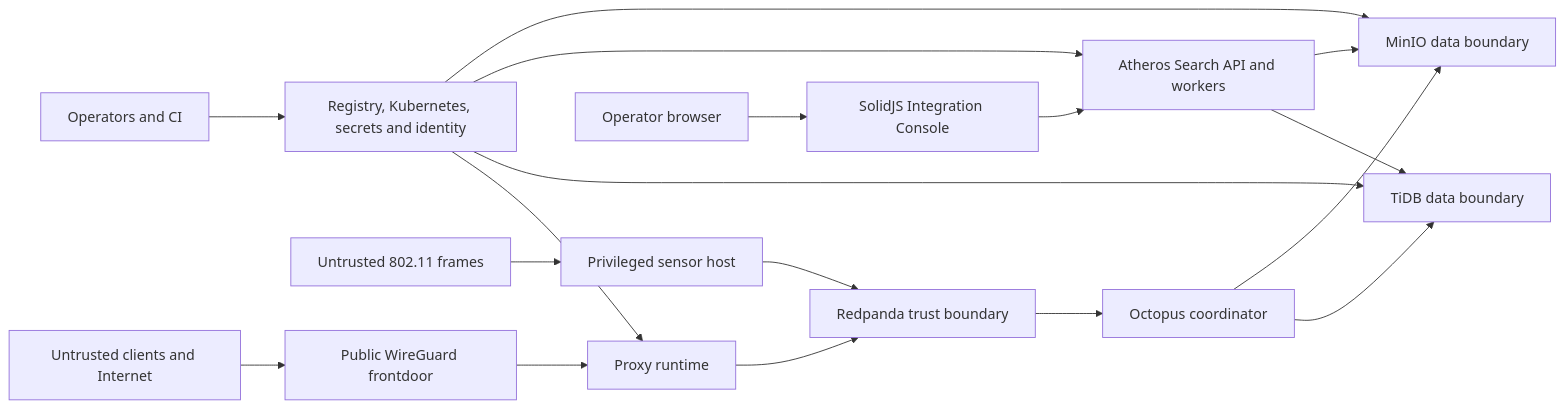
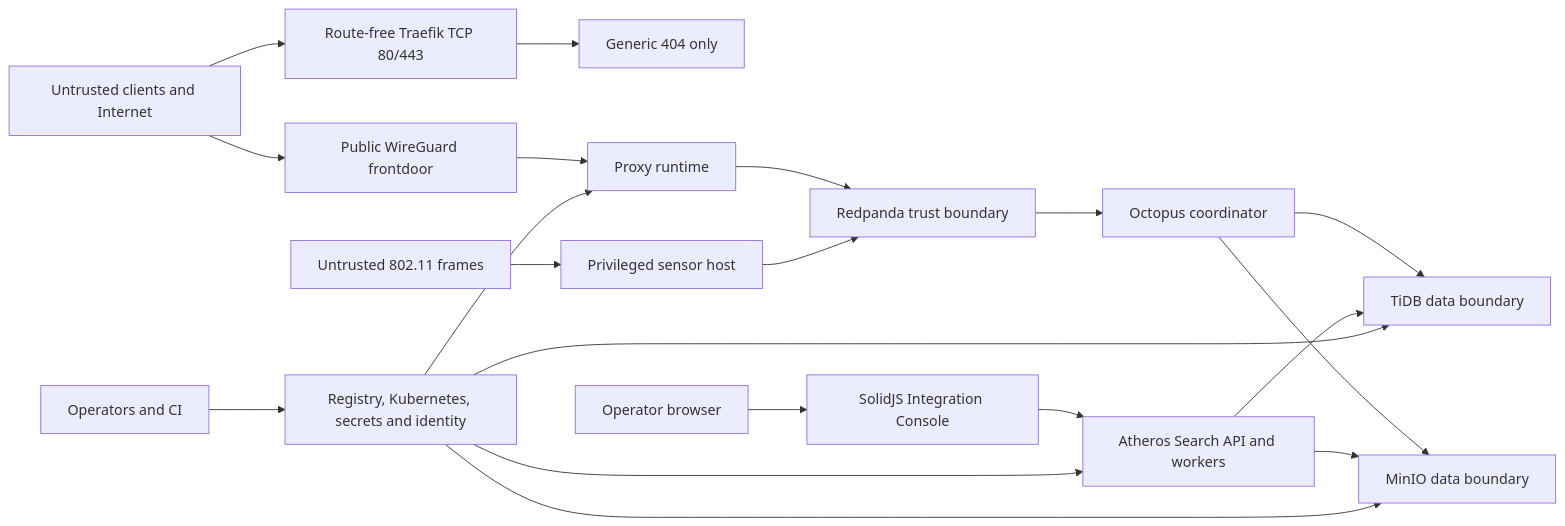
One commit to zlovtnik/ssl-proxy changed the diagram in docs/threat-model.md. Above: the diagram before and after it, drawn with Mermaid. The commit also changed other lines of this file and 12 other files, not shown here.

````diff
--- a/docs/threat-model.md
+++ b/docs/threat-model.md
@@ -19,20 +20,22 @@
 ```mermaid
 flowchart LR
     internet[Untrusted clients and Internet] --> wg[Public WireGuard frontdoor]
+    internet --> edge[Route-free Traefik TCP 80/443]
+    edge --> deny[Generic 404 only]
     wg --> proxy[Proxy runtime]
     radio[Untrusted 802.11 frames] --> sensor[Privileged sensor host]
     proxy --> redpanda[Redpanda trust boundary]
     sensor --> redpanda
     redpanda --> octopus[Octopus coordinator]
     octopus --> tidb[TiDB data boundary]
     octopus --> minio[MinIO data boundary]
     search[Atheros Search API and workers] --> tidb
     search --> minio
     browser[Operator browser] --> ui[SolidJS Integration Console]
     ui --> search
     operators[Operators and CI] --> control[Registry, Kubernetes, secrets and identity]
     control --> proxy
     control --> tidb
     control --> search
     control --> minio
 ```
````
